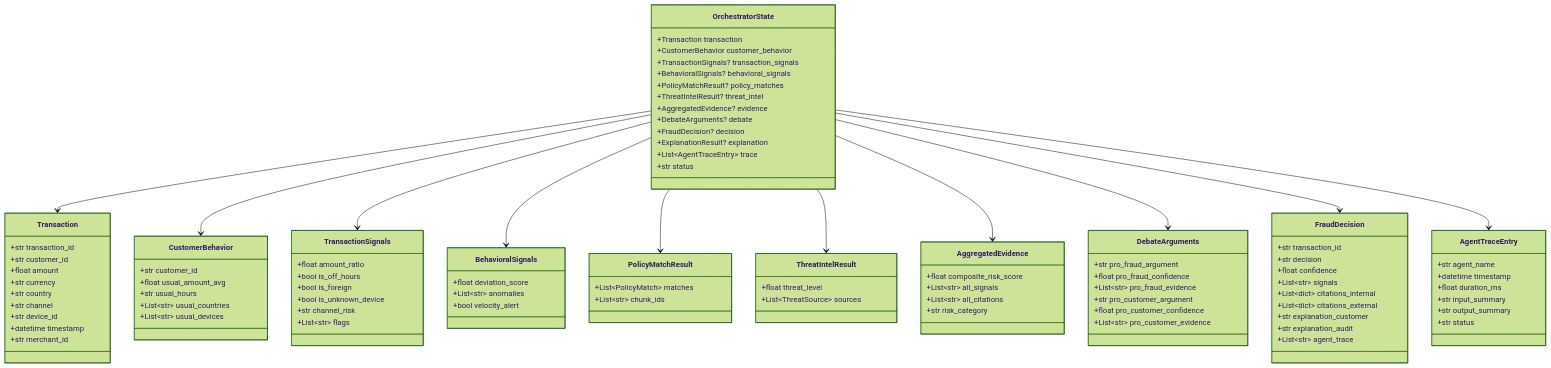
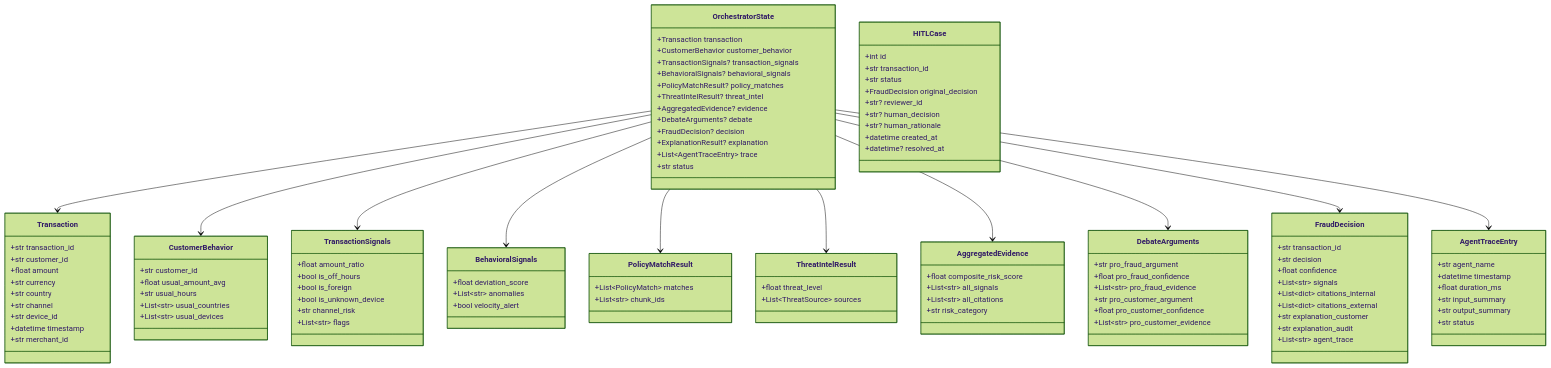
Before and after one commit to miguelsff/fraud-detection-multi-agent-system: the fourth of 10 diagrams in .claude/docs/arquitectura-sistema.md, drawn with Mermaid (forest theme). The commit also changed other lines of this file and 1 other file, not shown here.

Commit message:
docs: architecture doc updated

```diff
--- a/.claude/docs/arquitectura-sistema.md
+++ b/.claude/docs/arquitectura-sistema.md
@@ -212,6 +339,18 @@
         +ExplanationResult? explanation
         +List~AgentTraceEntry~ trace
         +str status
+    }
+
+    class HITLCase {
+        +int id
+        +str transaction_id
+        +str status
+        +FraudDecision original_decision
+        +str? reviewer_id
+        +str? human_decision
+        +str? human_rationale
+        +datetime created_at
+        +datetime? resolved_at
     }
 
     class Transaction {
```
